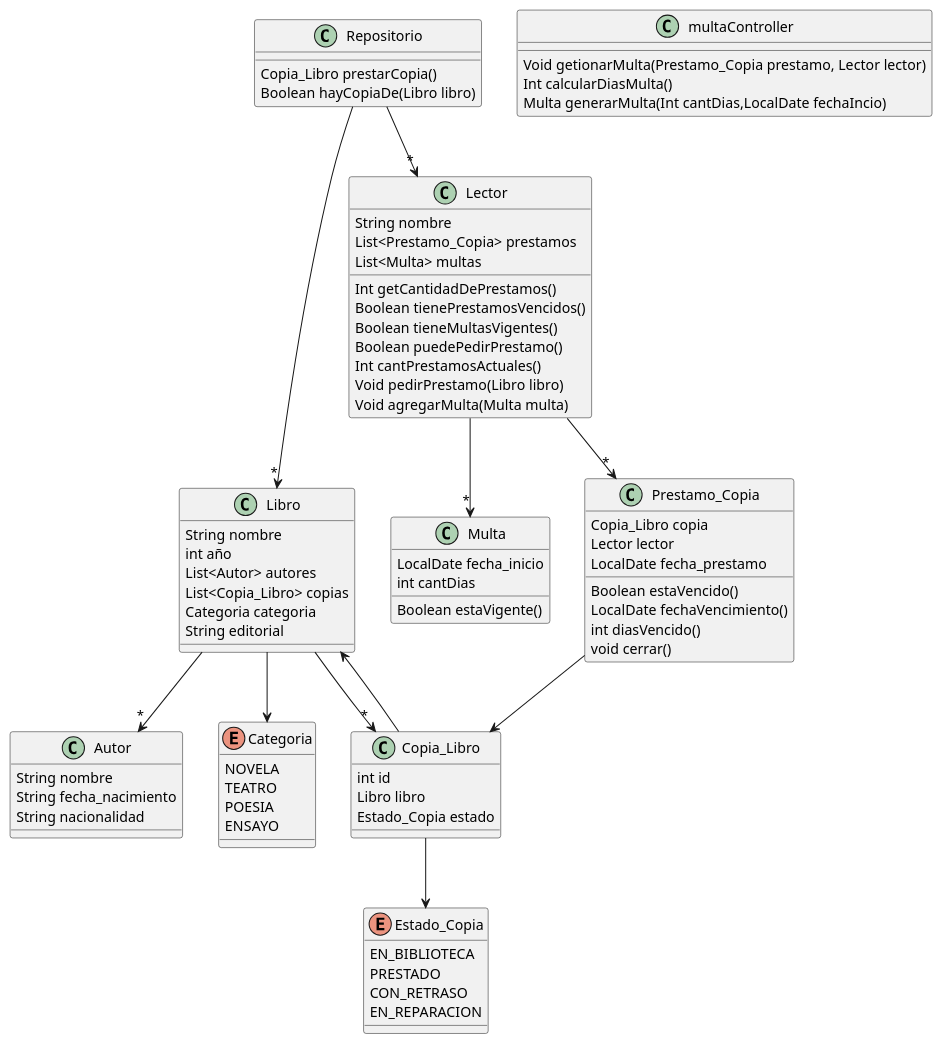
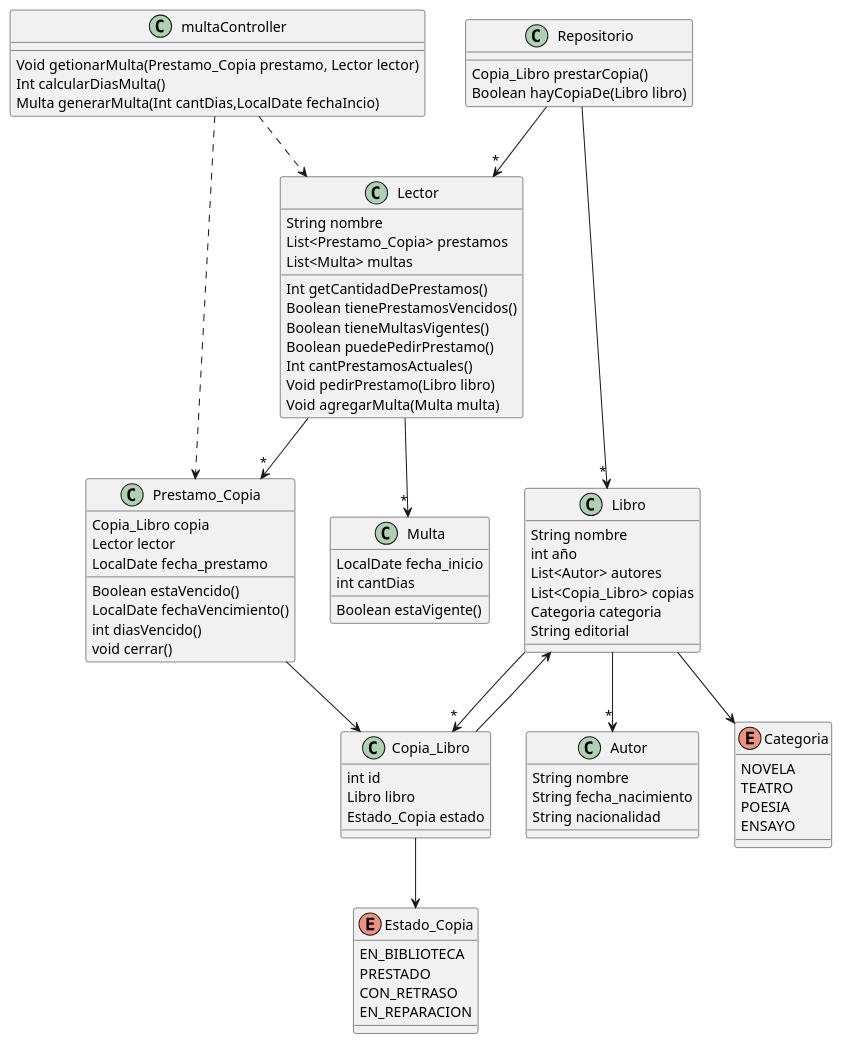
Before and after one commit to LucasBarr99/DDS-Grupo7: the diagram in src/Diagramas Ej31/DiagrameDeClases-EJ31.puml, drawn with PlantUML.

Commit message:
Agrego flechas "usa" del multaController en el DC

```diff
--- a/src/Diagramas Ej31/DiagrameDeClases-EJ31.puml
+++ b/src/Diagramas Ej31/DiagrameDeClases-EJ31.puml
@@ -1,94 +1,101 @@
 @startuml
 'https://plantuml.com/class-diagram
 
 class Libro {
     String nombre
     int año
     List<Autor> autores
     List<Copia_Libro> copias
     Categoria categoria
     String editorial
 
 }
 
 class Copia_Libro {
     int id
     Libro libro
     Estado_Copia estado
 
 }
 class Prestamo_Copia {
     Copia_Libro copia
     Lector lector
     LocalDate fecha_prestamo
 
 
     Boolean estaVencido()
     LocalDate fechaVencimiento()
     int diasVencido()
     void cerrar()
 }
 class Autor {
     String nombre
     String fecha_nacimiento
     String nacionalidad
 }
 
 class multaController {
 
     Void getionarMulta(Prestamo_Copia prestamo, Lector lector)
     Int calcularDiasMulta()
     Multa generarMulta(Int cantDias,LocalDate fechaIncio)
 }
 
 enum Categoria {
 NOVELA
 TEATRO
 POESIA
 ENSAYO
 }
 enum Estado_Copia {
 EN_BIBLIOTECA
 PRESTADO
 CON_RETRASO
 EN_REPARACION
 }
 
 class Lector{
     String nombre
     List<Prestamo_Copia> prestamos
     List<Multa> multas
 
     Int getCantidadDePrestamos()
     Boolean tienePrestamosVencidos()
     Boolean tieneMultasVigentes()
     Boolean puedePedirPrestamo()
     Int cantPrestamosActuales()
     Void pedirPrestamo(Libro libro)
     Void agregarMulta(Multa multa)
 }
 class Multa{
     LocalDate fecha_inicio
     int cantDias
 
     Boolean estaVigente()
 
 }
 class Repositorio{
 
     Copia_Libro prestarCopia()
     Boolean hayCopiaDe(Libro libro)
 }
 
 Libro --> Categoria
 Libro -->"*" Autor
+Libro -->"*" Copia_Libro
+
 Copia_Libro --> Estado_Copia
 Copia_Libro --> Libro
+
 Prestamo_Copia --> Copia_Libro
+
 Lector -->"*" Multa
-Libro -->"*" Copia_Libro
 Lector -->"*" Prestamo_Copia
+
+multaController ..> Lector
+multaController ..> Prestamo_Copia
+
 Repositorio -->"*" Libro
 Repositorio -->"*" Lector
 
 @enduml
```
